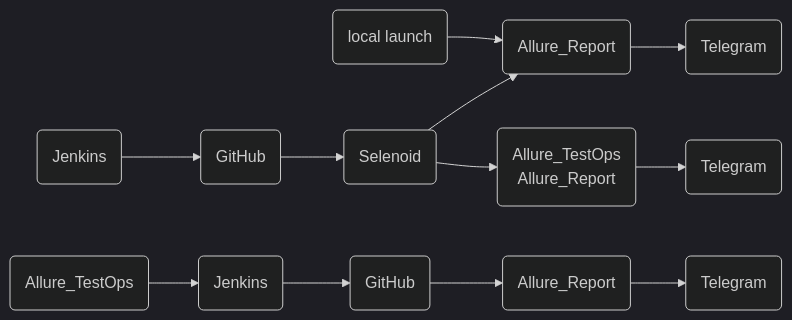
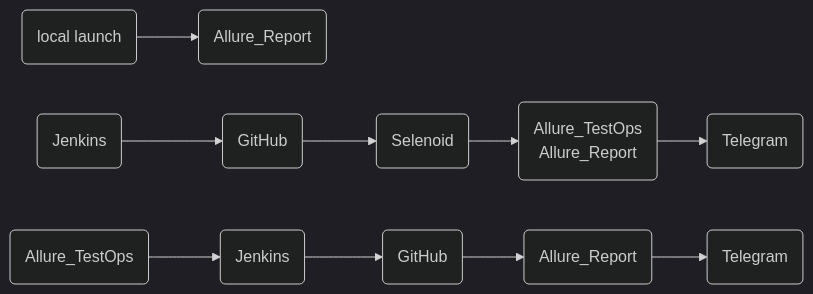
One commit to maxkonushkin/FirstProject changed the diagram in README.md. Above: the diagram before and after it, drawn with Mermaid (dark theme).

Commit message:
add mermaid

````diff
--- a/README.md
+++ b/README.md
@@ -60,8 +60,8 @@
 ``` mermaid
 flowchart LR;
 A(local launch)-->B(Allure_Report);
-    C(Jenkins)-->D(GitHub)-->U(Selenoid)-->B(Allure_Report)-->E(Telegram);
+    C(Jenkins)-->D(GitHub)-->U(Selenoid);
     U(Selenoid)-->I(Allure_TestOps
     Allure_Report)-->O(Telegram);
     Q(Allure_TestOps)-->W(Jenkins)-->R(GitHub)-->T(Allure_Report)-->Y(Telegram); 
 ```
````
